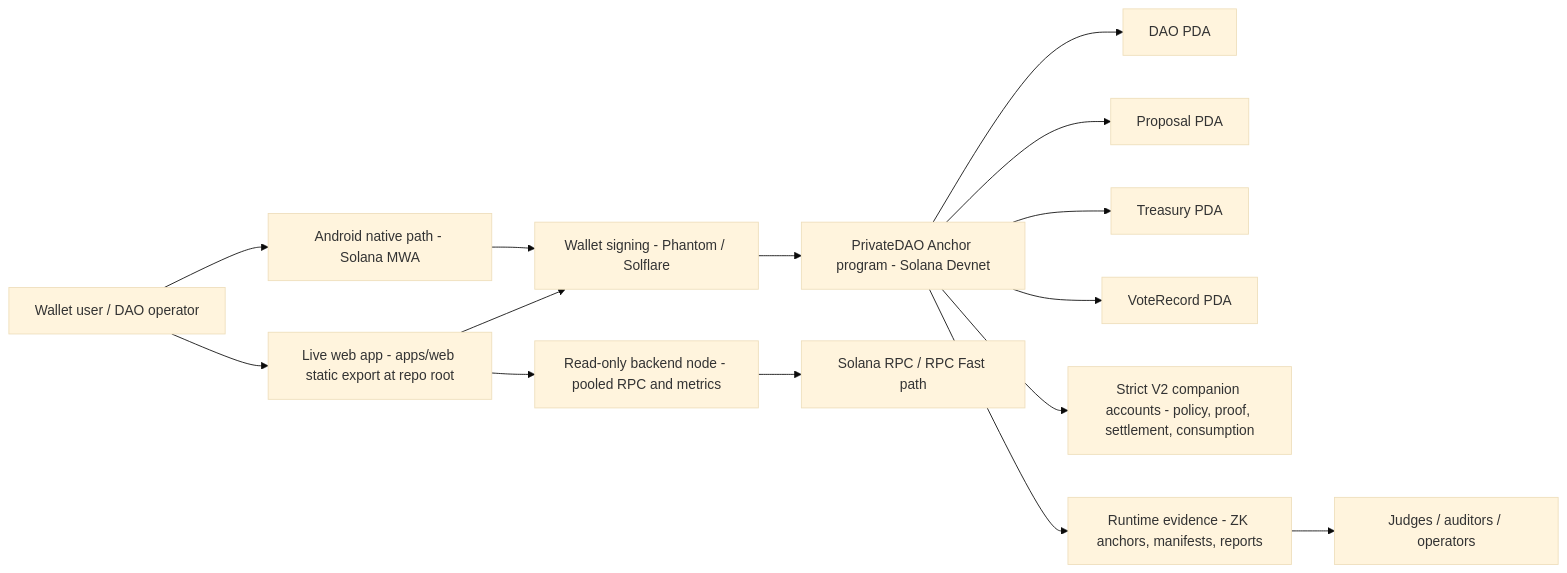
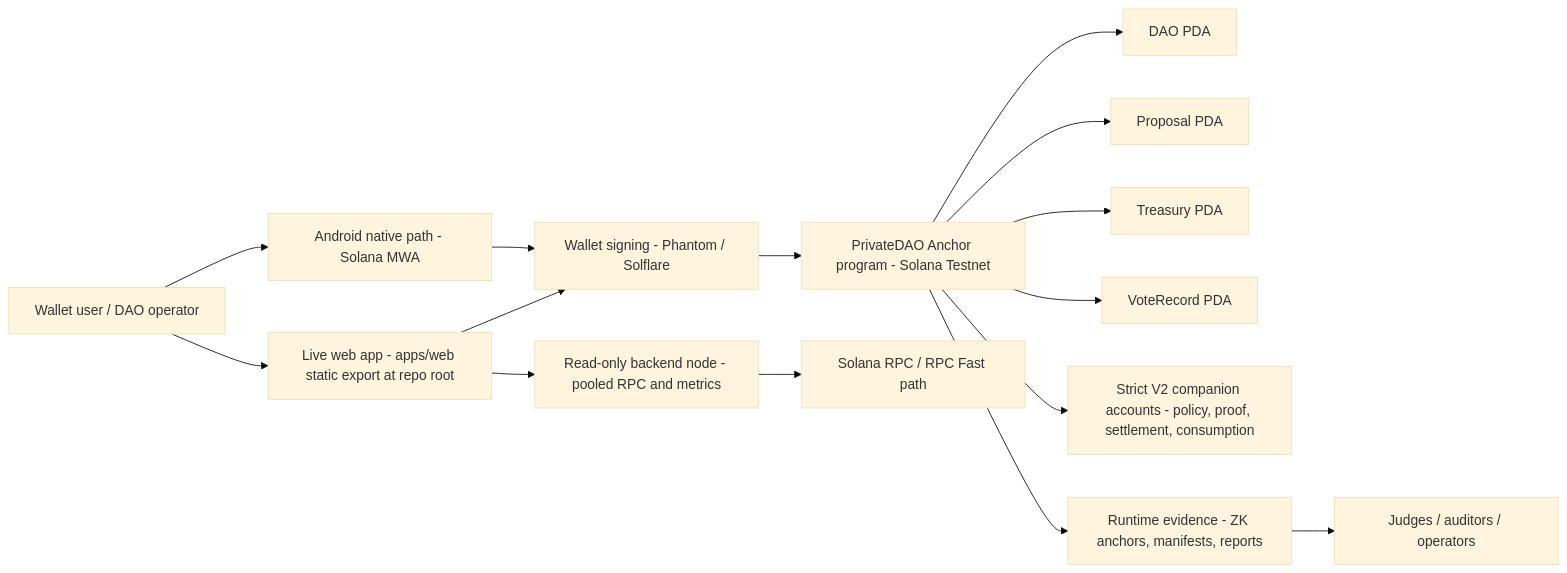
One commit to X-PACT/PrivateDAO changed the first of 2 diagrams in dist/reviewer-bundle/README.md. Above: the diagram before and after it, drawn with Mermaid (base theme). The commit also changed other lines of this file and 103 other files, not shown here.

````diff
--- a/dist/reviewer-bundle/README.md
+++ b/dist/reviewer-bundle/README.md
@@ -285,17 +342,17 @@
 ```mermaid
 flowchart LR
   User["Wallet user / DAO operator"] --> Frontend["Live web app - apps/web static export at repo root"]
   User --> Android["Android native path - Solana MWA"]
   Frontend --> Wallet["Wallet signing - Phantom / Solflare"]
   Android --> Wallet
-  Wallet --> Program["PrivateDAO Anchor program - Solana Devnet"]
+  Wallet --> Program["PrivateDAO Anchor program - Solana Testnet"]
   Program --> DAO["DAO PDA"]
   Program --> Proposal["Proposal PDA"]
   Program --> Treasury["Treasury PDA"]
   Program --> VoteRecord["VoteRecord PDA"]
   Program --> StrictV2["Strict V2 companion accounts - policy, proof, settlement, consumption"]
   Frontend --> ReadNode["Read-only backend node - pooled RPC and metrics"]
   ReadNode --> RPC["Solana RPC / RPC Fast path"]
   Program --> Evidence["Runtime evidence - ZK anchors, manifests, reports"]
   Evidence --> Reviewers["Judges / auditors / operators"]
 ```
````
